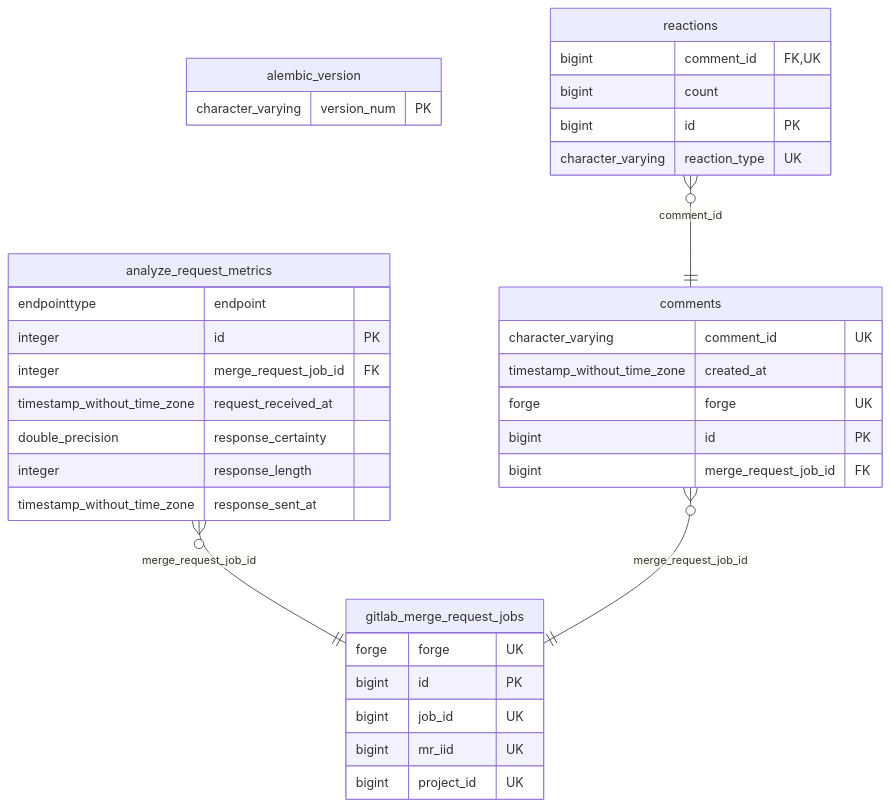
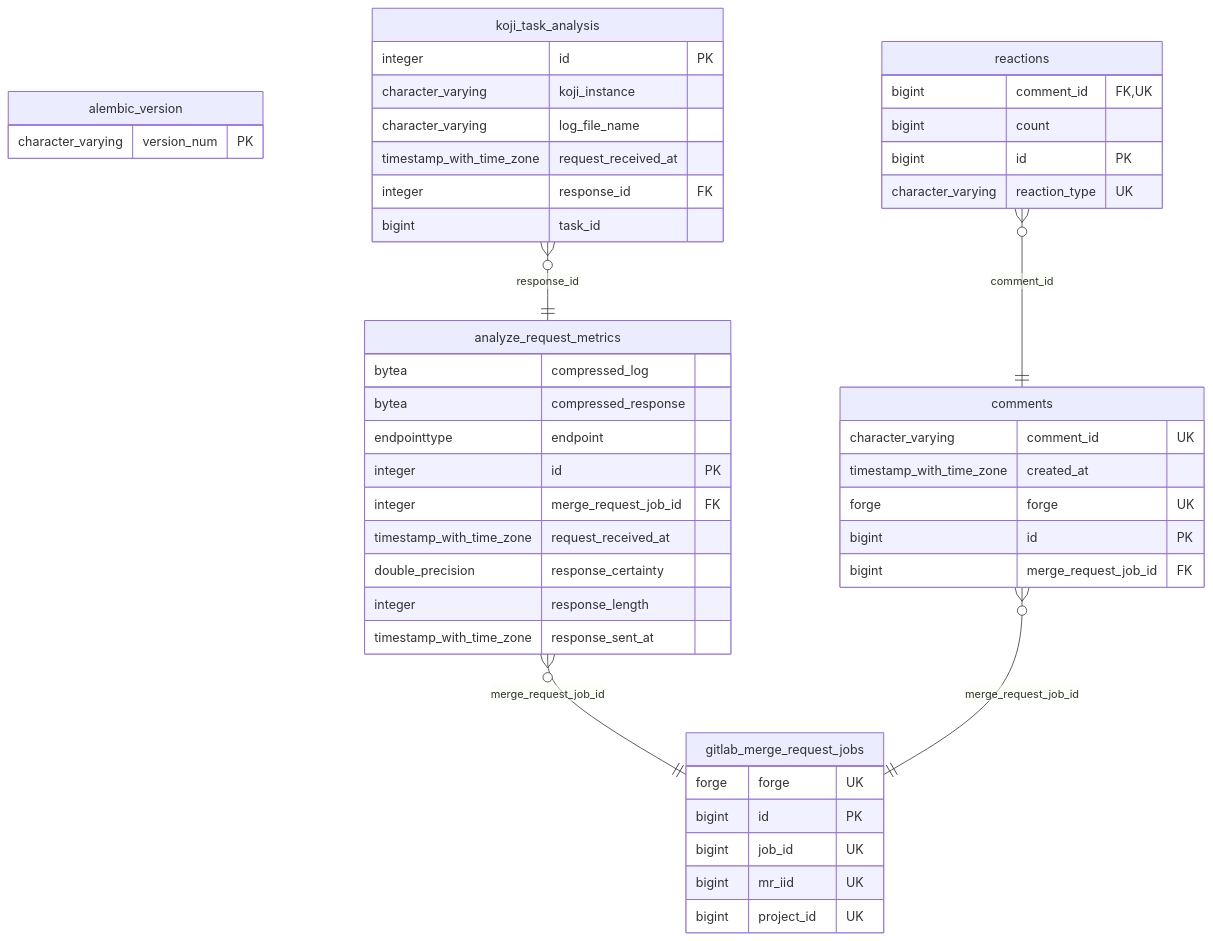
The diagram in alembic/er_diagram.md (fedora-copr/logdetective), drawn with Mermaid before and after one commit. The commit also changed 1 other file, not shown here.

Commit message:
Updating db scheme in mermaid

````diff
--- a/alembic/er_diagram.md
+++ b/alembic/er_diagram.md
@@ -2,43 +2,55 @@
 ```mermaid
 erDiagram
     alembic_version {
         character_varying version_num PK
     }
 
     analyze_request_metrics {
+        bytea compressed_log
+        bytea compressed_response
         endpointtype endpoint
         integer id PK
         integer merge_request_job_id FK
-        timestamp_without_time_zone request_received_at
+        timestamp_with_time_zone request_received_at
         double_precision response_certainty
         integer response_length
-        timestamp_without_time_zone response_sent_at
+        timestamp_with_time_zone response_sent_at
     }
 
     comments {
         character_varying comment_id UK
-        timestamp_without_time_zone created_at
+        timestamp_with_time_zone created_at
         forge forge UK
         bigint id PK
         bigint merge_request_job_id FK
     }
 
     gitlab_merge_request_jobs {
         forge forge UK
         bigint id PK
         bigint job_id UK
         bigint mr_iid UK
         bigint project_id UK
     }
 
+    koji_task_analysis {
+        integer id PK
+        character_varying koji_instance
+        character_varying log_file_name
+        timestamp_with_time_zone request_received_at
+        integer response_id FK
+        bigint task_id
+    }
+
     reactions {
         bigint comment_id FK,UK
         bigint count
         bigint id PK
         character_varying reaction_type UK
     }
 
     analyze_request_metrics }o--|| gitlab_merge_request_jobs : "merge_request_job_id"
+    koji_task_analysis }o--|| analyze_request_metrics : "response_id"
     comments }o--|| gitlab_merge_request_jobs : "merge_request_job_id"
     reactions }o--|| comments : "comment_id"
 ```
````
